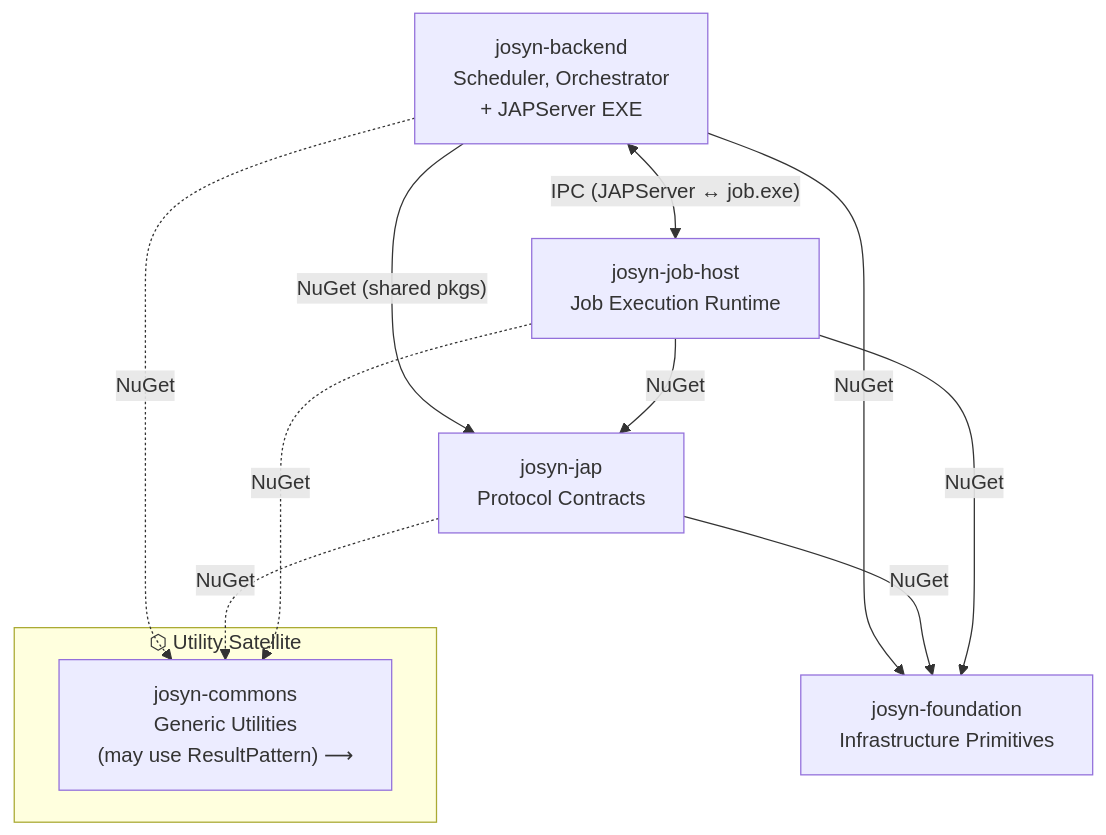
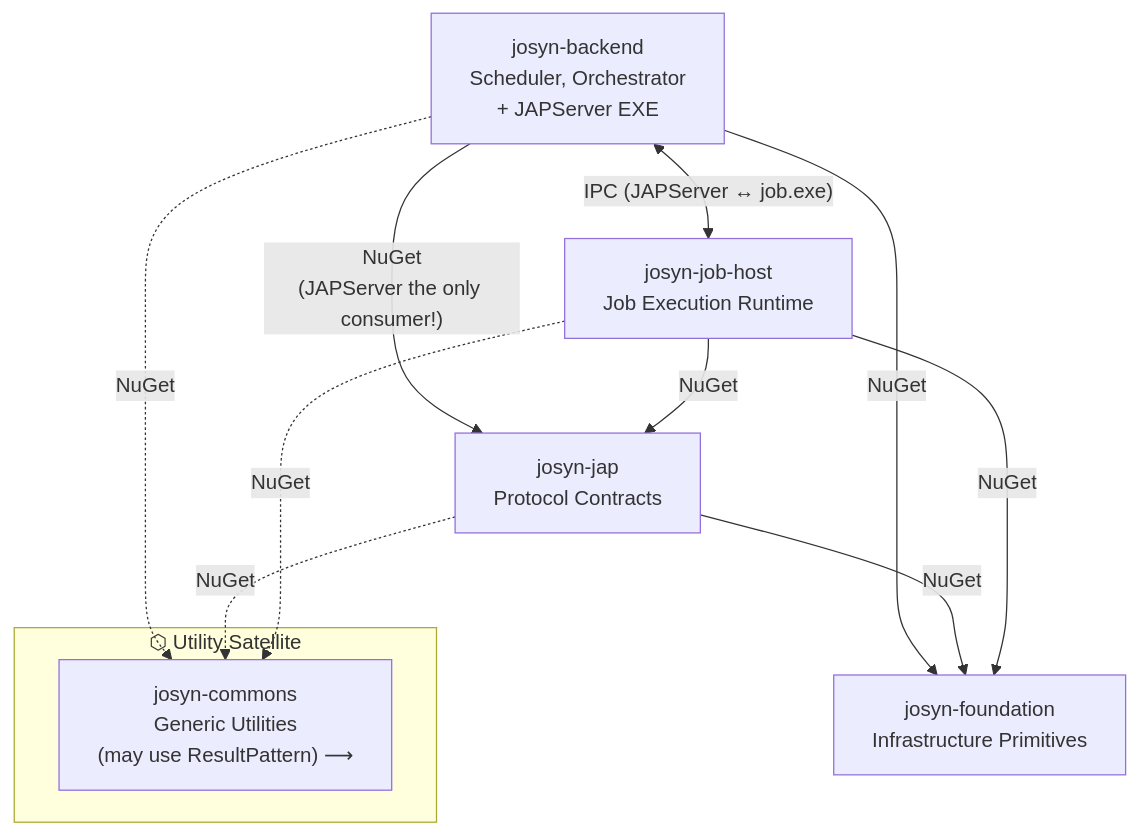
Before and after one commit to ckluth/josyn-platform: the diagram in README.md, drawn with Mermaid. The commit also changed other lines of this file and 1 other file, not shown here.

Commit message:
cosmetics...

````diff
--- a/README.md
+++ b/README.md
@@ -82,21 +82,21 @@
 ```mermaid
 graph TD
     B["josyn-backend<br/>Scheduler, Orchestrator<br/>+ JAPServer EXE"]
     H["josyn-job-host<br/>Job Execution Runtime"]
     J["josyn-jap<br/>Protocol Contracts"]
     F["josyn-foundation<br/>Infrastructure Primitives"]
 
     subgraph satellite["⬡ Utility Satellite"]
         C["josyn-commons<br/>Generic Utilities<br/>(may use ResultPattern) ⟶"]
     end
 
     B <-->|"IPC (JAPServer ↔ job.exe)"| H
     B -->|NuGet| F
-    B -->|"NuGet (shared pkgs)"| J
+    B -->|"NuGet<br/>(JAPServer the only consumer!)"| J
     J -->|NuGet| F
     H -->|NuGet| F
     H -->|NuGet| J
     B -.->|NuGet| C
     J -.->|NuGet| C
     H -.->|NuGet| C
 ```
````
